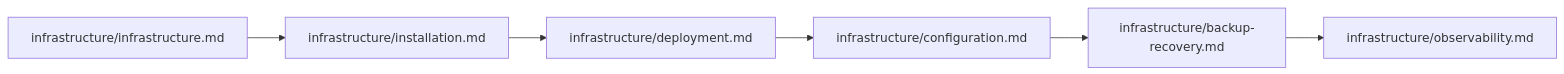
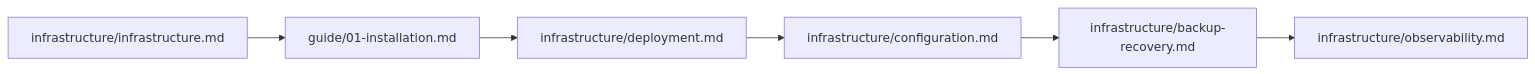
The second of 2 diagrams in docs/doc-index.md (reasvyn/internara), drawn with Mermaid before and after one commit. The commit also changed other lines of this file and 89 other files, not shown here.

````diff
--- a/docs/doc-index.md
+++ b/docs/doc-index.md
@@ -186,8 +188,8 @@
 ```mermaid
 flowchart LR
-    A[infrastructure/infrastructure.md] --> B[infrastructure/installation.md]
+    A[infrastructure/infrastructure.md] --> B[guide/01-installation.md]
     B --> C[infrastructure/deployment.md]
     C --> D[infrastructure/configuration.md]
     D --> E[infrastructure/backup-recovery.md]
     E --> F[infrastructure/observability.md]
 ```
````
